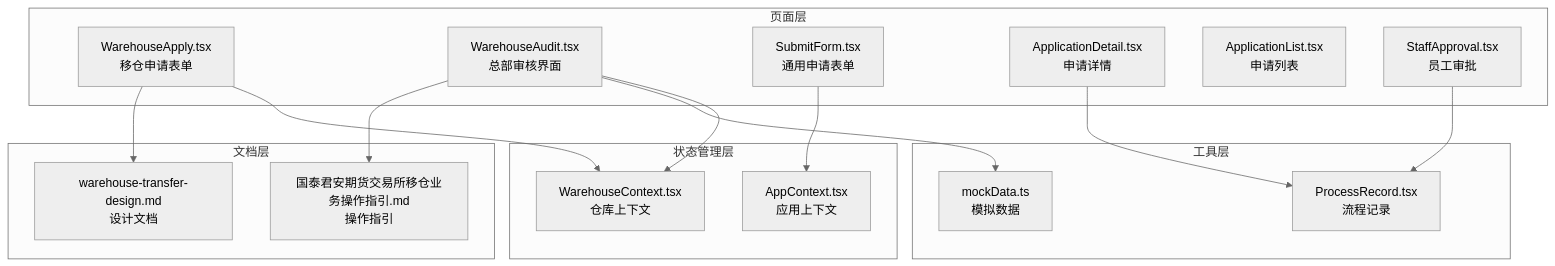
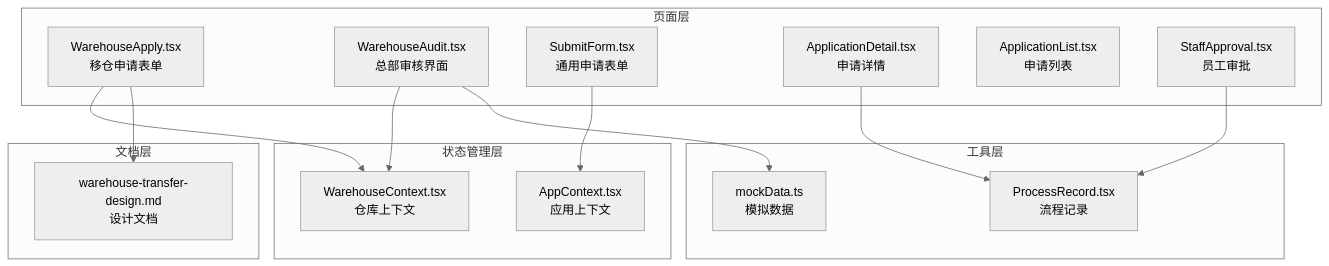
One commit to chinak/permission_apply changed the first of 11 diagrams in .qoder/repowiki/zh/content/移仓业务申请模块/移仓业务申请模块.md. Above: the diagram before and after it, drawn with Mermaid (neutral theme). The commit also changed other lines of this file and 94 other files, not shown here.

````diff
--- a/.qoder/repowiki/zh/content/移仓业务申请模块/移仓业务申请模块.md
+++ b/.qoder/repowiki/zh/content/移仓业务申请模块/移仓业务申请模块.md
@@ -39,31 +46,29 @@
 ```mermaid
 graph TB
 subgraph "页面层"
 WA[WarehouseApply.tsx<br/>移仓申请表单]
 WAU[WarehouseAudit.tsx<br/>总部审核界面]
 SF[SubmitForm.tsx<br/>通用申请表单]
 AD[ApplicationDetail.tsx<br/>申请详情]
 AL[ApplicationList.tsx<br/>申请列表]
 SA[StaffApproval.tsx<br/>员工审批]
 end
 subgraph "状态管理层"
 WC[WarehouseContext.tsx<br/>仓库上下文]
 AC[AppContext.tsx<br/>应用上下文]
 end
 subgraph "工具层"
 PR[ProcessRecord.tsx<br/>流程记录]
 MD[mockData.ts<br/>模拟数据]
 end
 subgraph "文档层"
 WD[warehouse-transfer-design.md<br/>设计文档]
-GI[国泰君安期货交易所移仓业务操作指引.md<br/>操作指引]
 end
 WA --> WC
 WAU --> WC
 SF --> AC
 AD --> PR
 SA --> PR
 WAU --> MD
 WA --> WD
-WAU --> GI
 ```
````
